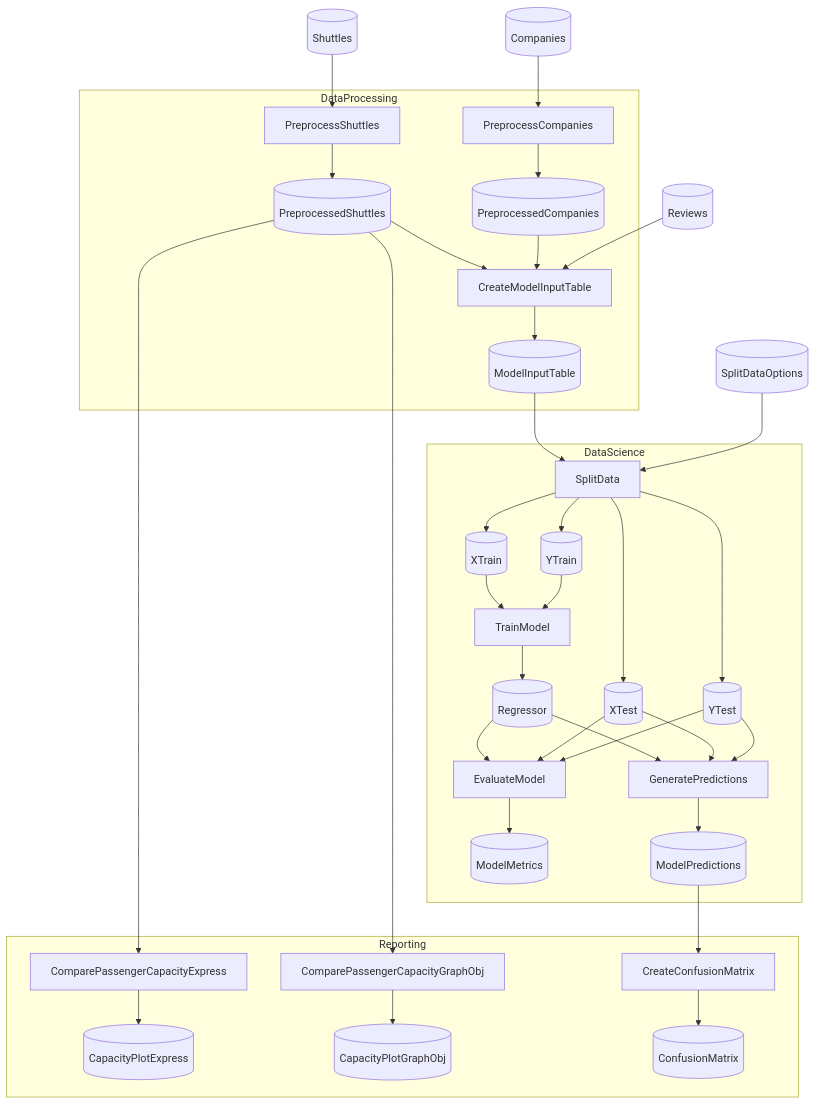
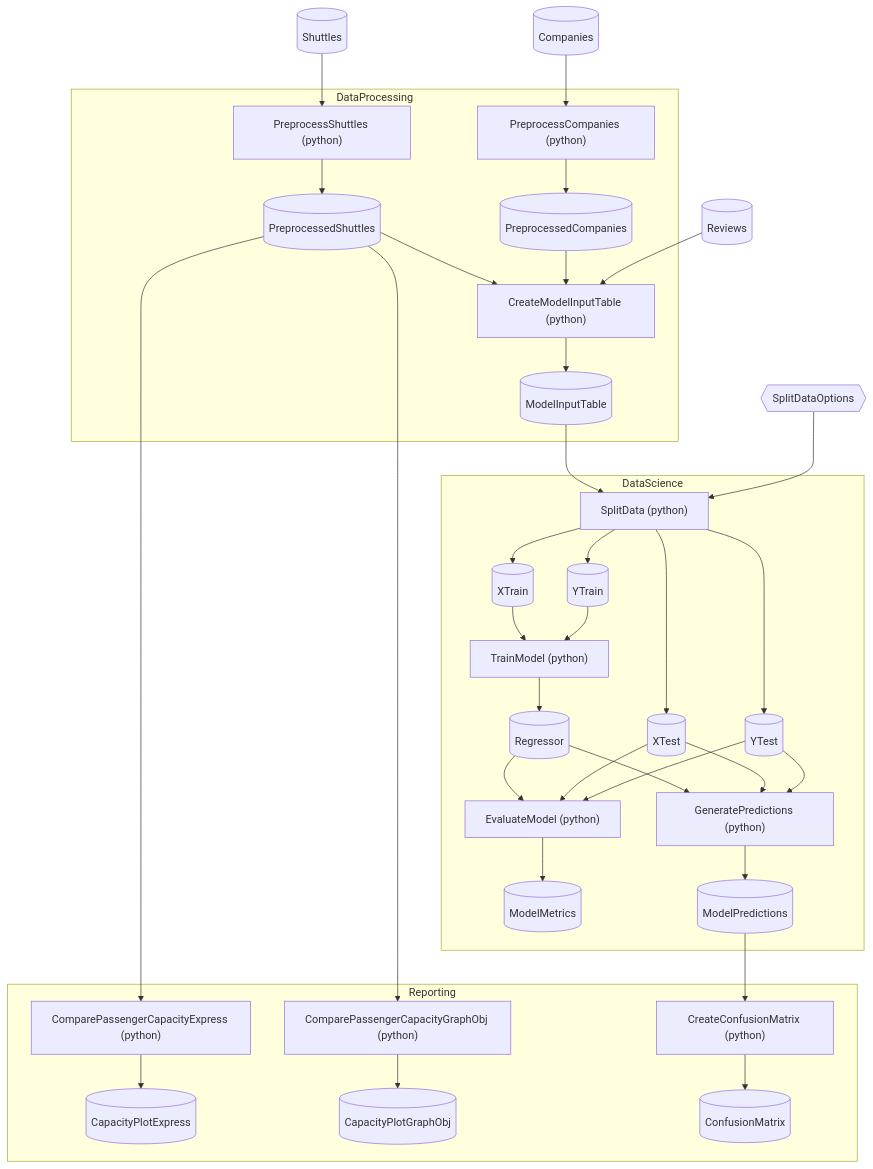
Before and after one commit to chaoticgoodcomputing/flowthru: the diagram in examples/starter/SpaceflightsPython/README.md, drawn with Mermaid. The commit also changed 16 other files, not shown here.

Commit message:
docs: update README examples with new mermaid output

````diff
--- a/examples/starter/SpaceflightsPython/README.md
+++ b/examples/starter/SpaceflightsPython/README.md
@@ -40,75 +40,75 @@
 ```mermaid
 flowchart TB
 
     %% External Data Inputs
     Companies[("Companies")]
     Reviews[("Reviews")]
     Shuttles[("Shuttles")]
-    SplitDataOptions[("SplitDataOptions")]
+    SplitDataOptions{{"SplitDataOptions"}}
 
     subgraph DataProcessing["DataProcessing"]
-        PreprocessCompanies["PreprocessCompanies"]
+        PreprocessCompanies["PreprocessCompanies (python)"]
         PreprocessedCompanies[("PreprocessedCompanies")]
-        PreprocessShuttles["PreprocessShuttles"]
+        PreprocessShuttles["PreprocessShuttles (python)"]
         PreprocessedShuttles[("PreprocessedShuttles")]
-        CreateModelInputTable["CreateModelInputTable"]
+        CreateModelInputTable["CreateModelInputTable (python)"]
         ModelInputTable[("ModelInputTable")]
     end
 
     subgraph DataScience["DataScience"]
-        SplitData["SplitData"]
+        SplitData["SplitData (python)"]
         XTrain[("XTrain")]
         XTest[("XTest")]
         YTrain[("YTrain")]
         YTest[("YTest")]
-        TrainModel["TrainModel"]
+        TrainModel["TrainModel (python)"]
         Regressor[("Regressor")]
-        EvaluateModel["EvaluateModel"]
+        EvaluateModel["EvaluateModel (python)"]
         ModelMetrics[("ModelMetrics")]
-        GeneratePredictions["GeneratePredictions"]
+        GeneratePredictions["GeneratePredictions (python)"]
         ModelPredictions[("ModelPredictions")]
     end
 
     subgraph Reporting["Reporting"]
-        ComparePassengerCapacityExpress["ComparePassengerCapacityExpress"]
+        ComparePassengerCapacityExpress["ComparePassengerCapacityExpress (python)"]
         CapacityPlotExpress[("CapacityPlotExpress")]
-        ComparePassengerCapacityGraphObj["ComparePassengerCapacityGraphObj"]
+        ComparePassengerCapacityGraphObj["ComparePassengerCapacityGraphObj (python)"]
         CapacityPlotGraphObj[("CapacityPlotGraphObj")]
-        CreateConfusionMatrix["CreateConfusionMatrix"]
+        CreateConfusionMatrix["CreateConfusionMatrix (python)"]
         ConfusionMatrix[("ConfusionMatrix")]
     end
 
     %% Edges
     Companies --> PreprocessCompanies
     PreprocessCompanies --> PreprocessedCompanies
     Shuttles --> PreprocessShuttles
     PreprocessShuttles --> PreprocessedShuttles
     PreprocessedShuttles --> CreateModelInputTable
     PreprocessedCompanies --> CreateModelInputTable
     Reviews --> CreateModelInputTable
     CreateModelInputTable --> ModelInputTable
     PreprocessedShuttles --> ComparePassengerCapacityExpress
     ComparePassengerCapacityExpress --> CapacityPlotExpress
     PreprocessedShuttles --> ComparePassengerCapacityGraphObj
     ComparePassengerCapacityGraphObj --> CapacityPlotGraphObj
     ModelInputTable --> SplitData
     SplitDataOptions --> SplitData
     SplitData --> XTrain
     SplitData --> XTest
     SplitData --> YTrain
     SplitData --> YTest
     XTrain --> TrainModel
     YTrain --> TrainModel
     TrainModel --> Regressor
     Regressor --> EvaluateModel
     XTest --> EvaluateModel
     YTest --> EvaluateModel
     EvaluateModel --> ModelMetrics
     Regressor --> GeneratePredictions
     XTest --> GeneratePredictions
     YTest --> GeneratePredictions
     GeneratePredictions --> ModelPredictions
     ModelPredictions --> CreateConfusionMatrix
     CreateConfusionMatrix --> ConfusionMatrix
 
 ```
````
